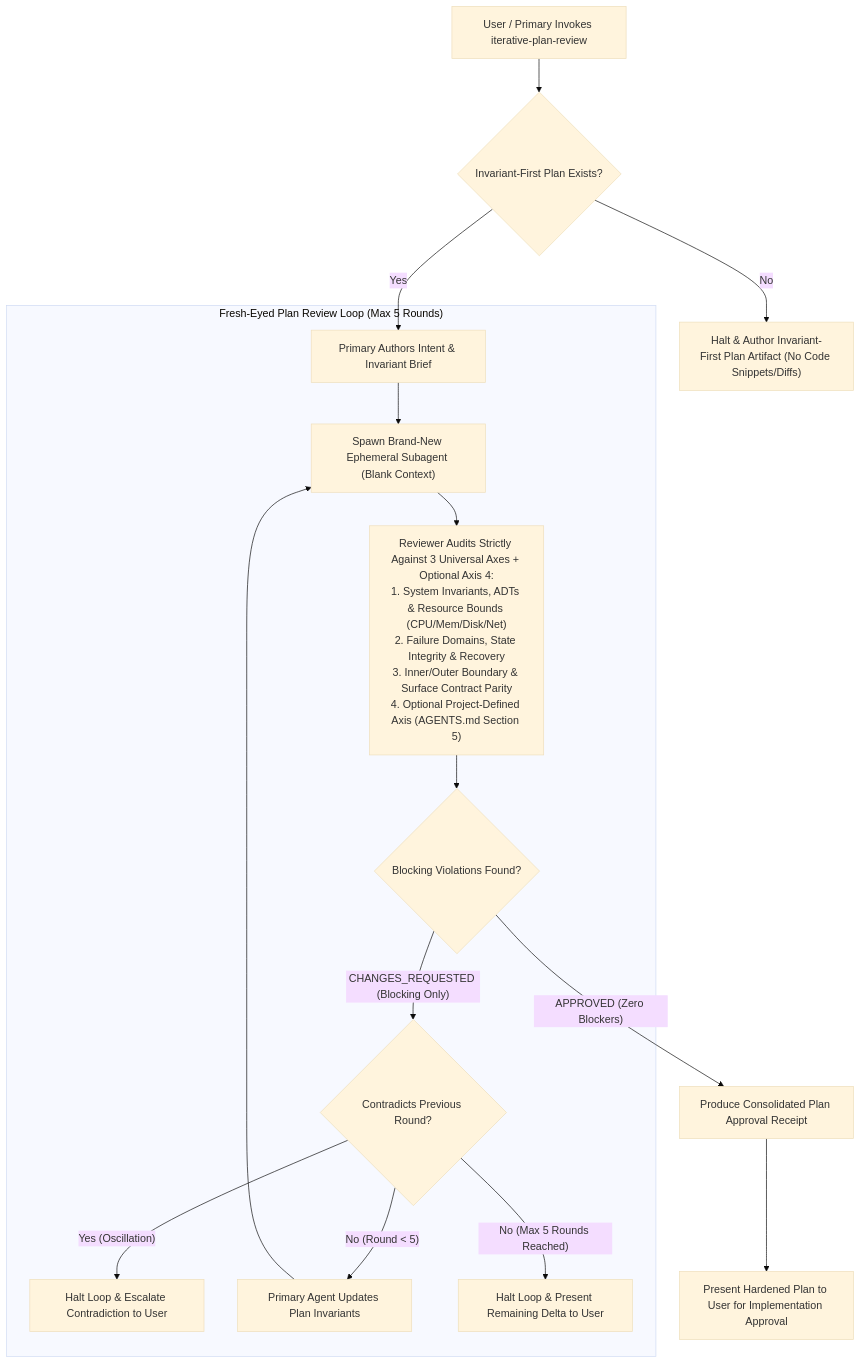
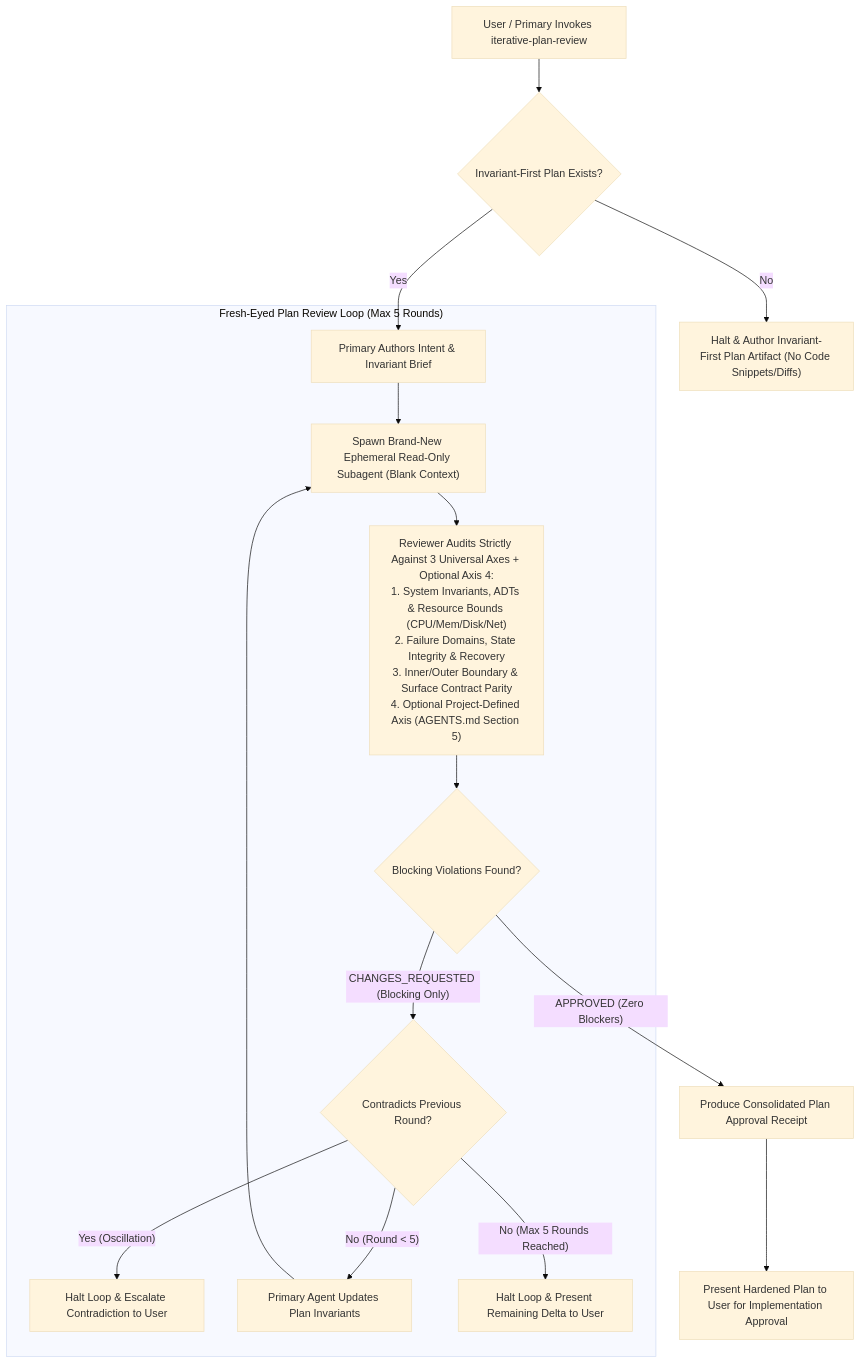
Before and after one commit to gheffern/rust-ts-harness: the diagram in .agents/skills/iterative-plan-review/SKILL.md, drawn with Mermaid (base theme). The commit also changed other lines of this file and 12 other files, not shown here.

````diff
--- a/.agents/skills/iterative-plan-review/SKILL.md
+++ b/.agents/skills/iterative-plan-review/SKILL.md
@@ -18,22 +18,22 @@
 ```mermaid
 flowchart TD
     Start["User / Primary Invokes iterative-plan-review"] --> PlanCheck{"Invariant-First Plan Exists?"}
     PlanCheck -- "No" --> CreatePlan["Halt & Author Invariant-First Plan Artifact (No Code Snippets/Diffs)"]
     PlanCheck -- "Yes" --> GenBrief["Primary Authors Intent & Invariant Brief"]
 
     subgraph ReviewLoop ["Fresh-Eyed Plan Review Loop (Max 5 Rounds)"]
-        GenBrief --> SpawnFresh["Spawn Brand-New Ephemeral Subagent (Blank Context)"]
+        GenBrief --> SpawnFresh["Spawn Brand-New Ephemeral Read-Only Subagent (Blank Context)"]
         SpawnFresh --> ReviewPass["Reviewer Audits Strictly Against 3 Universal Axes + Optional Axis 4:<br/>1. System Invariants, ADTs & Resource Bounds (CPU/Mem/Disk/Net)<br/>2. Failure Domains, State Integrity & Recovery<br/>3. Inner/Outer Boundary & Surface Contract Parity<br/>4. Optional Project-Defined Axis (AGENTS.md Section 5)"]
         ReviewPass --> Verdict{"Blocking Violations Found?"}
 
         Verdict -- "CHANGES_REQUESTED (Blocking Only)" --> CheckOscillation{"Contradicts Previous Round?"}
         CheckOscillation -- "Yes (Oscillation)" --> Escalate["Halt Loop & Escalate Contradiction to User"]
         CheckOscillation -- "No (Round < 5)" --> FixRemediate["Primary Agent Updates Plan Invariants"]
         FixRemediate --> SpawnFresh
 
         CheckOscillation -- "No (Max 5 Rounds Reached)" --> BudgetHalt["Halt Loop & Present Remaining Delta to User"]
     end
 
     Verdict -- "APPROVED (Zero Blockers)" --> FinalReport["Produce Consolidated Plan Approval Receipt"]
     FinalReport --> UserGate["Present Hardened Plan to User for Implementation Approval"]
 ```
````
